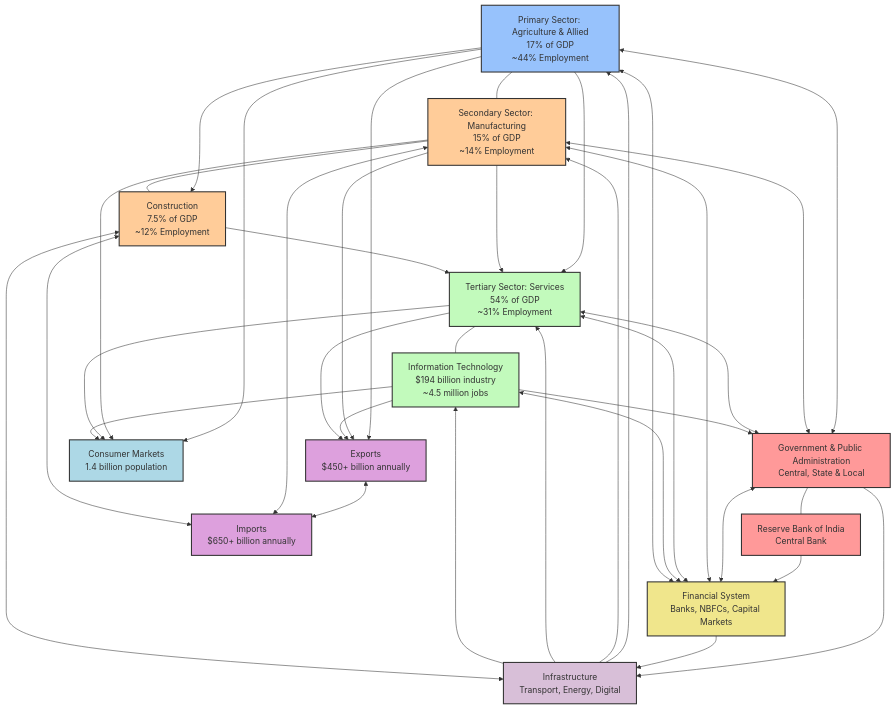
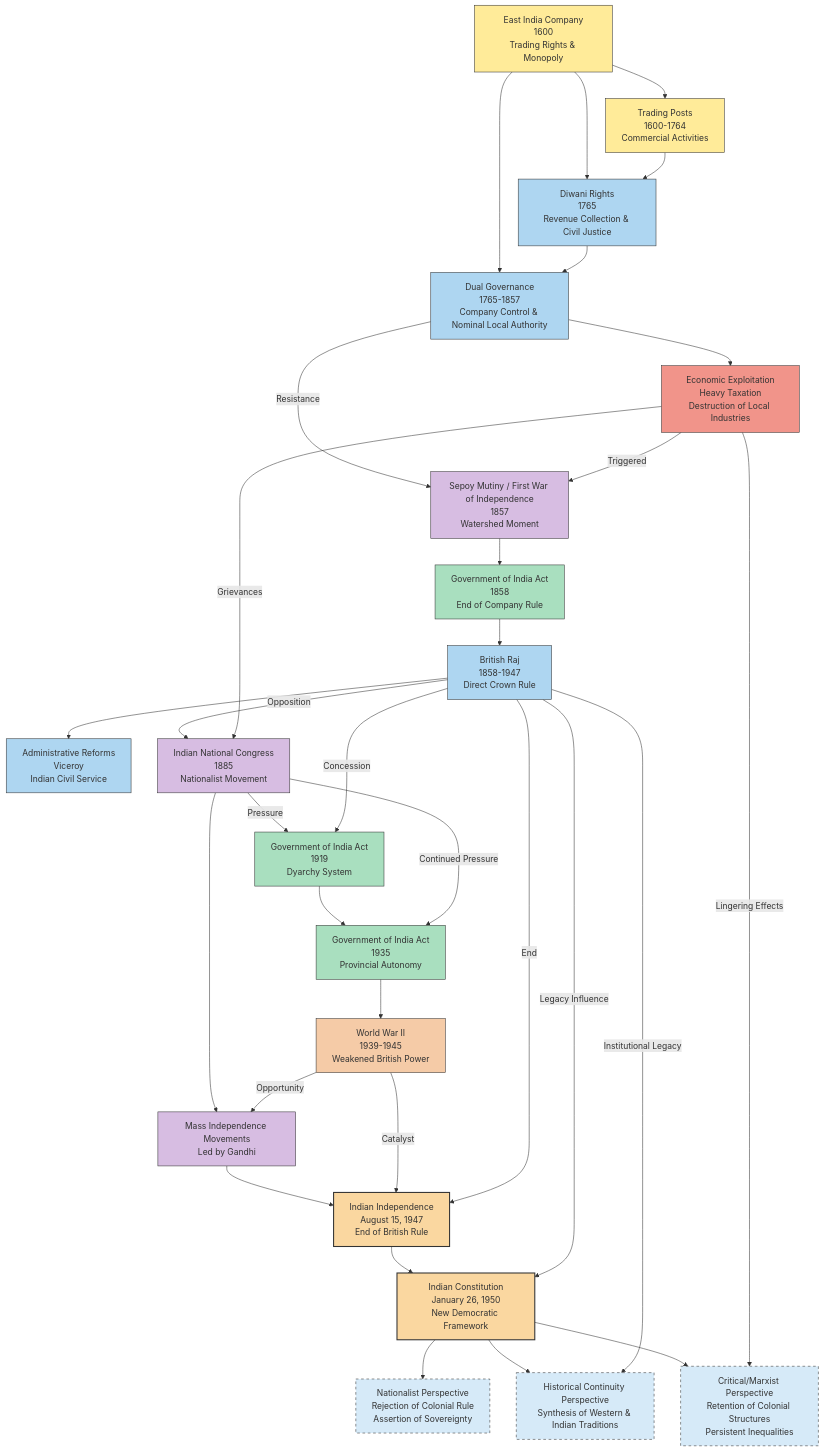
One commit to isauravmanitripathi/Animate-Mermaid-Chart changed the diagram in temp-charts/mmd-images/image_10.mmd. Above: the diagram before and after it, drawn with Mermaid. The commit also changed 1 other file, not shown here.

```diff
--- a/temp-charts/mmd-images/image_10.mmd
+++ b/temp-charts/mmd-images/image_10.mmd
@@ -1,92 +1,114 @@
 graph TD
-%% Primary Sectors of the Economy
-AG[Primary Sector: Agriculture & Allied<br>17% of GDP<br>~44% Employment]
-AG:::primarySector
-
-%% Secondary Sectors of the Economy
-MFG[Secondary Sector: Manufacturing<br>15% of GDP<br>~14% Employment]
-MFG:::secondarySector
-AG --- MFG
-
-CON[Construction<br>7.5% of GDP<br>~12% Employment]
-CON:::secondarySector
-AG --> CON
-MFG --- CON
-
-%% Tertiary Sectors of the Economy
-SVC[Tertiary Sector: Services<br>54% of GDP<br>~31% Employment]
-SVC:::tertiarySector
-AG --> SVC
-MFG --> SVC
-CON --> SVC
-
-IT[Information Technology<br>$194 billion industry<br>~4.5 million jobs]
-IT:::tertiarySector
-SVC --- IT
-
-%% Government and Regulatory Bodies
-GOV[Government & Public Administration<br>Central, State & Local]
-GOV:::governmentSector
-AG <--> GOV
-MFG <--> GOV
-SVC <--> GOV
-IT --> GOV
-
-RBI[Reserve Bank of India<br>Central Bank]
-RBI:::governmentSector
-GOV --- RBI
-
-%% Financial Ecosystem
-FIN[Financial System<br>Banks, NBFCs, Capital Markets]
-FIN:::financialSector
-RBI --> FIN
-GOV <--> FIN
-
-%% Major Economic Connections
-MFG <--> FIN
-SVC <--> FIN
-IT <--> FIN
-AG <--> FIN
-
-%% International Trade
-EXP[Exports<br>$450+ billion annually]
-EXP:::tradeSector
-AG --> EXP
-MFG --> EXP
-IT --> EXP
-SVC --> EXP
-
-IMP[Imports<br>$650+ billion annually]
-IMP:::tradeSector
-EXP <--> IMP
-MFG <--> IMP
-CON <--> IMP
-
-%% Consumer Economy
-CON_MRKTS[Consumer Markets<br>1.4 billion population]
-CON_MRKTS:::consumerSector
-AG --> CON_MRKTS
-MFG --> CON_MRKTS
-SVC --> CON_MRKTS
-IT --> CON_MRKTS
-
-%% Infrastructure
-INF[Infrastructure<br>Transport, Energy, Digital]
-INF:::infrastructureSector
-GOV --> INF
-FIN --> INF
-INF --> AG
-INF --> MFG
-INF --> SVC
-INF --> IT
-INF <--> CON
-
-%% Style Definitions
-classDef primarySector fill:#97C2FC,stroke:#333,stroke-width:2px
-classDef secondarySector fill:#FFCC99,stroke:#333,stroke-width:2px
-classDef tertiarySector fill:#C2FABC,stroke:#333,stroke-width:2px
-classDef governmentSector fill:#FF9999,stroke:#333,stroke-width:2px
-classDef financialSector fill:#F0E68C,stroke:#333,stroke-width:2px
-classDef tradeSector fill:#DDA0DD,stroke:#333,stroke-width:2px
-classDef consumerSector fill:#ADD8E6,stroke:#333,stroke-width:2px
-classDef infrastructureSector fill:#D8BFD8,stroke:#333,stroke-width:2px
+    %% First node - East India Company Establishment
+    EIC[East India Company<br>1600<br>Trading Rights & Monopoly]
+    EIC:::commercial
+    
+    %% Second node - Trading Posts
+    TRADE[Trading Posts<br>1600-1764<br>Commercial Activities]
+    EIC --> TRADE
+    TRADE:::commercial
+    
+    %% Third node - Diwani Rights
+    DIWANI[Diwani Rights<br>1765<br>Revenue Collection & Civil Justice]
+    EIC --> DIWANI
+    TRADE --> DIWANI
+    DIWANI:::administrative
+    
+    %% Fourth node - Dual Governance
+    DUAL[Dual Governance<br>1765-1857<br>Company Control & Nominal Local Authority]
+    EIC --> DUAL
+    DIWANI --> DUAL
+    DUAL:::administrative
+    
+    %% Fifth node - Economic Policies
+    ECON[Economic Exploitation<br>Heavy Taxation<br>Destruction of Local Industries]
+    DUAL --> ECON
+    ECON:::exploitation
+    
+    %% Sixth node - Sepoy Mutiny
+    MUTINY[Sepoy Mutiny / First War of Independence<br>1857<br>Watershed Moment]
+    DUAL --Resistance--> MUTINY
+    ECON --Triggered--> MUTINY
+    MUTINY:::resistance
+    
+    %% Seventh node - Government of India Act 1858
+    GOI1858[Government of India Act<br>1858<br>End of Company Rule]
+    MUTINY --> GOI1858
+    GOI1858:::legislation
+    
+    %% Eighth node - British Raj
+    RAJ[British Raj<br>1858-1947<br>Direct Crown Rule]
+    GOI1858 --> RAJ
+    RAJ:::administrative
+    
+    %% Ninth node - Administrative Changes
+    ADMIN[Administrative Reforms<br>Viceroy<br>Indian Civil Service]
+    RAJ --> ADMIN
+    ADMIN:::administrative
+    
+    %% Tenth node - Indian National Congress
+    INC[Indian National Congress<br>1885<br>Nationalist Movement]
+    RAJ --Opposition--> INC
+    ECON --Grievances--> INC
+    INC:::resistance
+    
+    %% Eleventh node - Government of India Act 1919
+    GOI1919[Government of India Act<br>1919<br>Dyarchy System]
+    INC --Pressure--> GOI1919
+    RAJ --Concession--> GOI1919
+    GOI1919:::legislation
+    
+    %% Twelfth node - Government of India Act 1935
+    GOI1935[Government of India Act<br>1935<br>Provincial Autonomy]
+    GOI1919 --> GOI1935
+    INC --Continued Pressure--> GOI1935
+    GOI1935:::legislation
+    
+    %% Thirteenth node - WWII
+    WWII[World War II<br>1939-1945<br>Weakened British Power]
+    GOI1935 --> WWII
+    WWII:::external
+    
+    %% Fourteenth node - Independence Movement
+    INDMOV[Mass Independence Movements<br>Led by Gandhi]
+    INC --> INDMOV
+    WWII --Opportunity--> INDMOV
+    INDMOV:::resistance
+    
+    %% Fifteenth node - Independence
+    IND[Indian Independence<br>August 15, 1947<br>End of British Rule]
+    INDMOV --> IND
+    WWII --Catalyst--> IND
+    RAJ --End--> IND
+    IND:::milestone
+    
+    %% Sixteenth node - Constitution
+    CONST[Indian Constitution<br>January 26, 1950<br>New Democratic Framework]
+    IND --> CONST
+    RAJ --Legacy Influence--> CONST
+    CONST:::milestone
+    
+    %% Perspectives on the Constitution
+    NATPER[Nationalist Perspective<br>Rejection of Colonial Rule<br>Assertion of Sovereignty]
+    CONST --> NATPER
+    NATPER:::perspective
+    
+    HISTPER[Historical Continuity Perspective<br>Synthesis of Western & Indian Traditions]
+    CONST --> HISTPER
+    RAJ --Institutional Legacy--> HISTPER
+    HISTPER:::perspective
+    
+    CRITPER[Critical/Marxist Perspective<br>Retention of Colonial Structures<br>Persistent Inequalities]
+    CONST --> CRITPER
+    ECON --Lingering Effects--> CRITPER
+    CRITPER:::perspective
+    
+    %% Style definitions
+    classDef commercial fill:#FFEB99,stroke:#333,stroke-width:1px
+    classDef administrative fill:#AED6F1,stroke:#333,stroke-width:1px
+    classDef exploitation fill:#F1948A,stroke:#333,stroke-width:1px
+    classDef resistance fill:#D7BDE2,stroke:#333,stroke-width:1px
+    classDef legislation fill:#A9DFBF,stroke:#333,stroke-width:1px
+    classDef external fill:#F5CBA7,stroke:#333,stroke-width:1px
+    classDef milestone fill:#FAD7A0,stroke:#333,stroke-width:2px
+    classDef perspective fill:#D6EAF8,stroke:#333,stroke-width:1px,stroke-dasharray: 5 5
```
